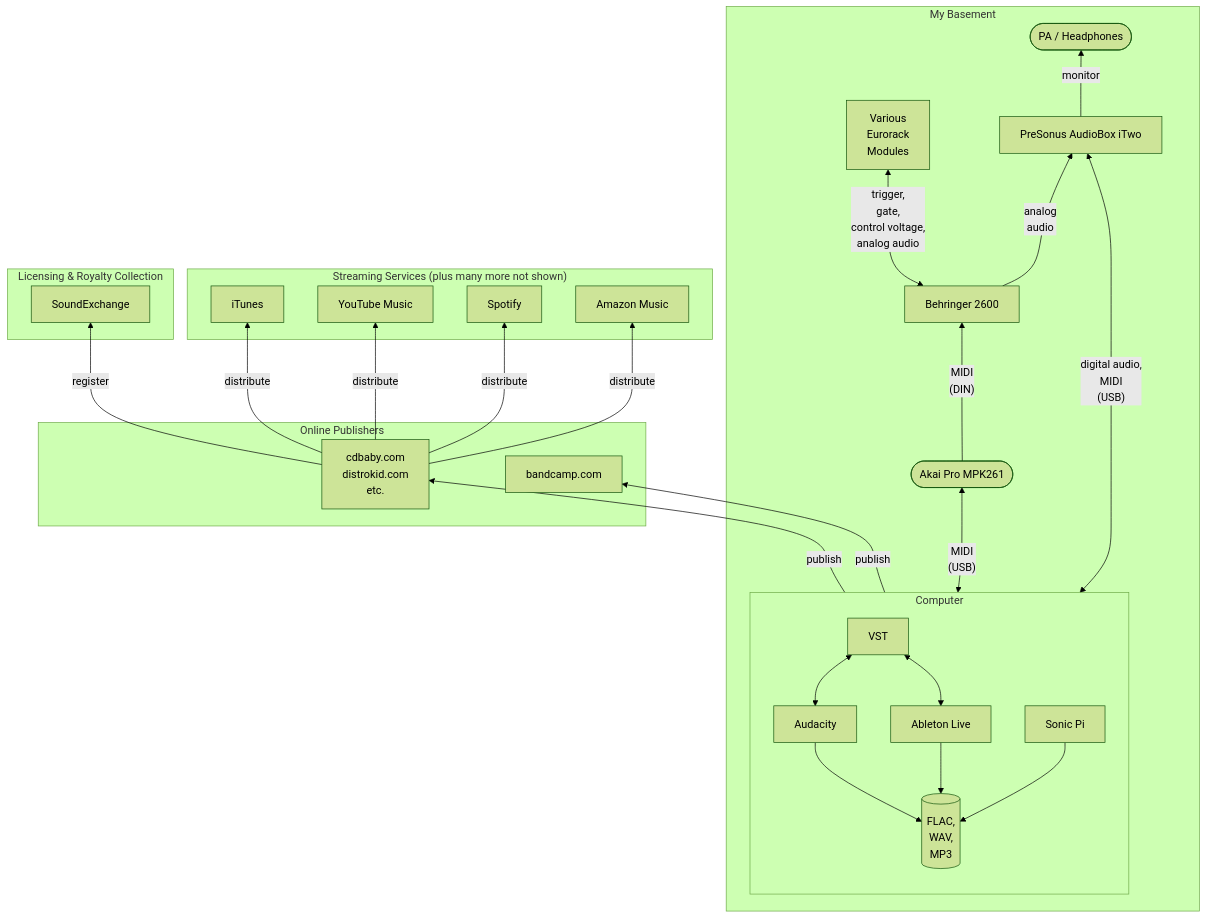
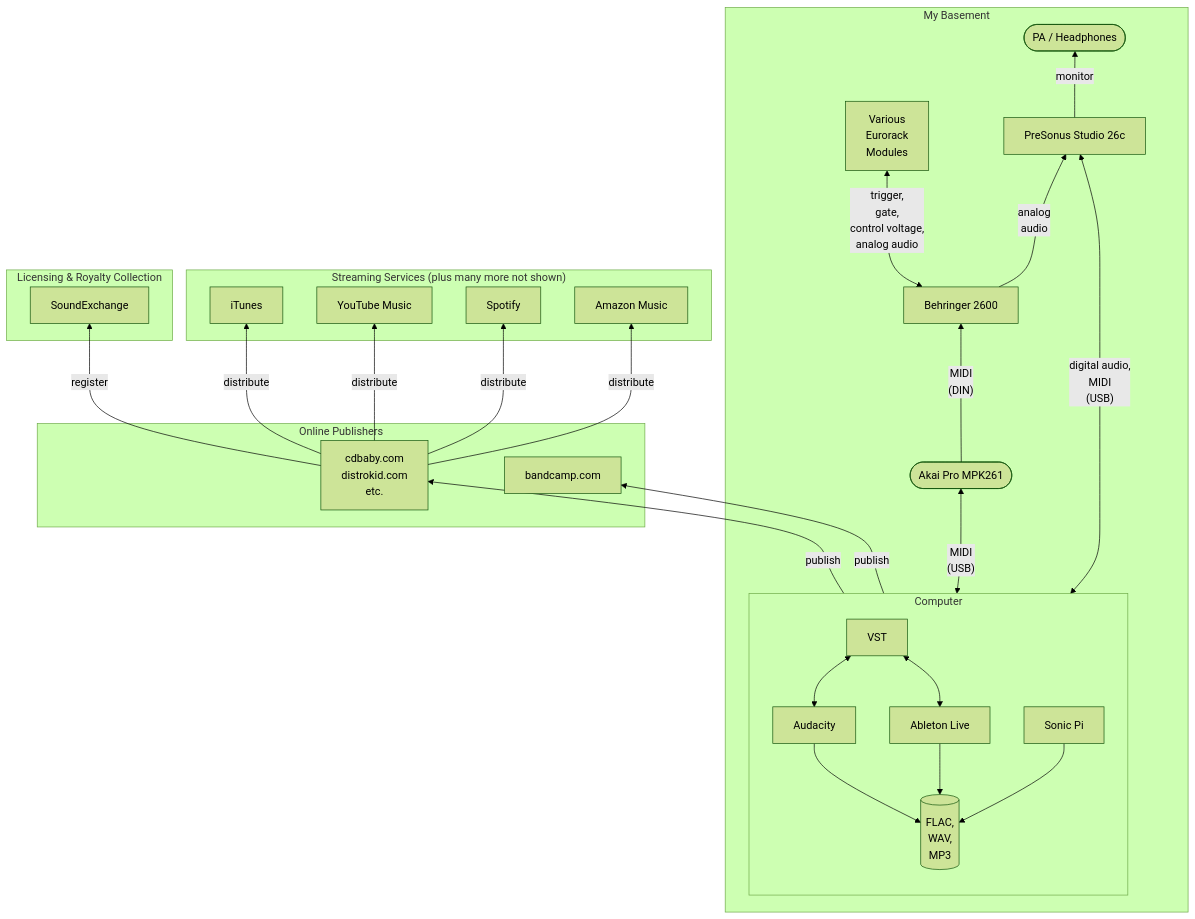
Before and after one commit to parasaurolophus/rader.us: the second of 2 diagrams in music/musicography.md, drawn with Mermaid (forest theme). The commit also changed other lines of this file and 27 other files, not shown here.

````diff
--- a/music/musicography.md
+++ b/music/musicography.md
@@ -220,57 +224,57 @@
 ```mermaid
 graph BT
 
         subgraph "My Basement"
 
             keyboard(["Akai Pro MPK261"])
             b2600["Behringer 2600"]
 
             eurorack["Various\nEurorack\nModules"]
 
-            adc["PreSonus AudioBox iTwo"]
+            adc["PreSonus Studio 26c"]
 
             subgraph computer["Computer"]
                 audacity["Audacity"]
                 ableton["Ableton Live"]
                 sonicpi["Sonic Pi"]
                 plugins["VST"]
                 flac[("FLAC,\nWAV,\nMP3")]
                 plugins <--> audacity --> flac
                 plugins <--> ableton --> flac
                 sonicpi --> flac
             end
 
             monitor(["PA / Headphones"])
 
         end
 
         subgraph cloud["Online Publishers"]
             cdbaby["cdbaby.com\ndistrokid.com\netc."]
             bandcamp["bandcamp.com"]
         end
 
         subgraph "Streaming Services (plus many more not shown)"
             itunes["iTunes"]
             youtube["YouTube Music"]
             spotify["Spotify"]
             amazon["Amazon Music"]
         end
 
         subgraph "Licensing & Royalty Collection"
             soundexchange["SoundExchange"]
         end
 
         keyboard -- "MIDI\n(DIN)" --> b2600
         b2600 <-- "trigger,\ngate,\ncontrol voltage,\nanalog audio" --> eurorack
         b2600 -- "analog\naudio" --> adc
         adc <-- "digital audio,\nMIDI\n(USB)" --> computer
         adc -- "monitor" --> monitor
         computer <-- "MIDI\n(USB)" --> keyboard
         computer -- "publish" --> cdbaby
         computer -- "publish" --> bandcamp
         cdbaby -- "distribute" --> itunes
         cdbaby -- "distribute" --> youtube
         cdbaby -- "distribute" --> spotify
         cdbaby -- "distribute" --> amazon
         cdbaby -- "register" --> soundexchange
 ```
````
